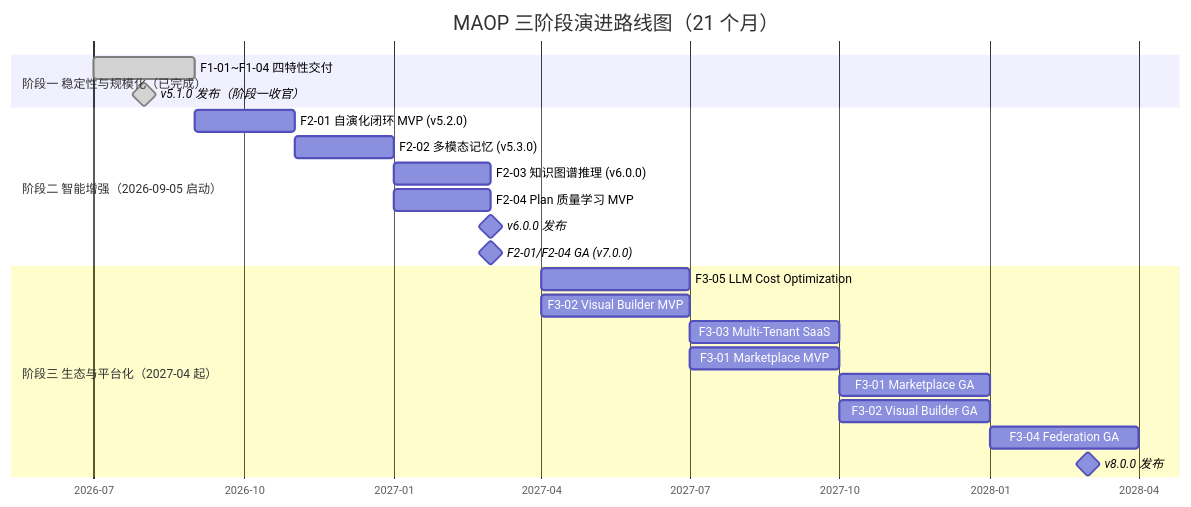
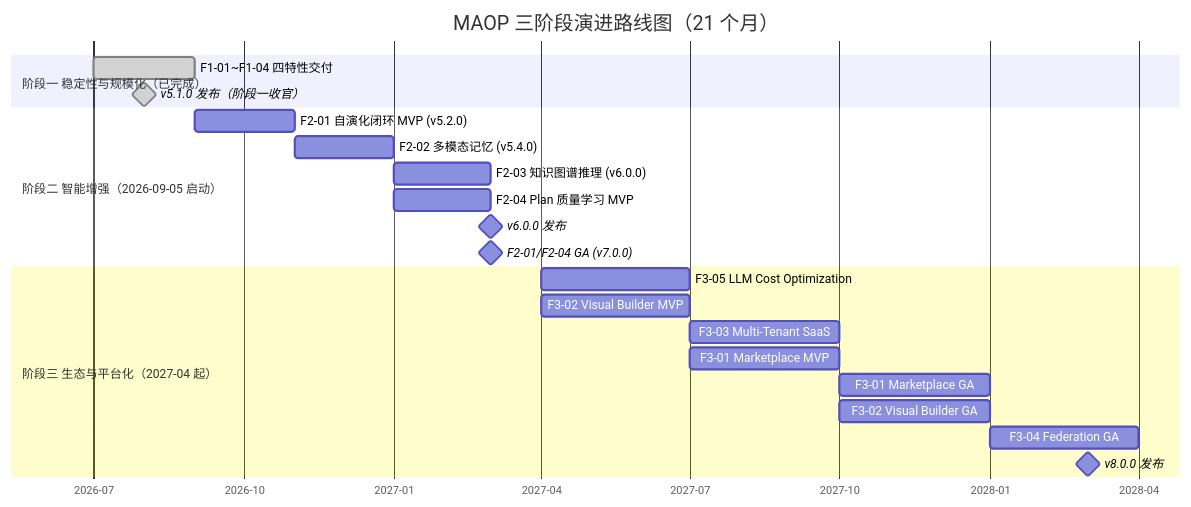
One commit to Levango7/MAOP changed the second of 2 diagrams in docs/prd-three-phase-roadmap.md. Above: the diagram before and after it, drawn with Mermaid. The commit also changed other lines of this file and 12 other files, not shown here.

````diff
--- a/docs/prd-three-phase-roadmap.md
+++ b/docs/prd-three-phase-roadmap.md
@@ -801,28 +801,28 @@
 ```mermaid
 gantt
     title MAOP 三阶段演进路线图（21 个月）
     dateFormat YYYY-MM
     axisFormat %Y-%m
 
     section 阶段一 稳定性与规模化（已完成）
     F1-01~F1-04 四特性交付        :done, a1, 2026-07, 2M
     v5.1.0 发布（阶段一收官）     :done, milestone, m1, 2026-08, 0d
 
     section 阶段二 智能增强（2026-09-05 启动）
     F2-01 自演化闭环 MVP (v5.2.0) :b1, 2026-09, 2M
-    F2-02 多模态记忆 (v5.3.0)     :b2, 2026-11, 2M
+    F2-02 多模态记忆 (v5.4.0)     :b2, 2026-11, 2M
     F2-03 知识图谱推理 (v6.0.0)   :b3, 2027-01, 2M
     F2-04 Plan 质量学习 MVP       :b4, 2027-01, 2M
     v6.0.0 发布                   :milestone, m2, 2027-03, 0d
     F2-01/F2-04 GA (v7.0.0)       :milestone, m3, 2027-03, 0d
 
     section 阶段三 生态与平台化（2027-04 起）
     F3-05 LLM Cost Optimization  :c1, 2027-04, 3M
     F3-02 Visual Builder MVP     :c2, 2027-04, 3M
     F3-03 Multi-Tenant SaaS      :c3, 2027-07, 3M
     F3-01 Marketplace MVP        :c4, 2027-07, 3M
     F3-01 Marketplace GA         :c5, 2027-10, 3M
     F3-02 Visual Builder GA      :c6, 2027-10, 3M
     F3-04 Federation GA          :c7, 2028-01, 3M
     v8.0.0 发布                  :milestone, m4, 2028-03, 0d
 ```
````
